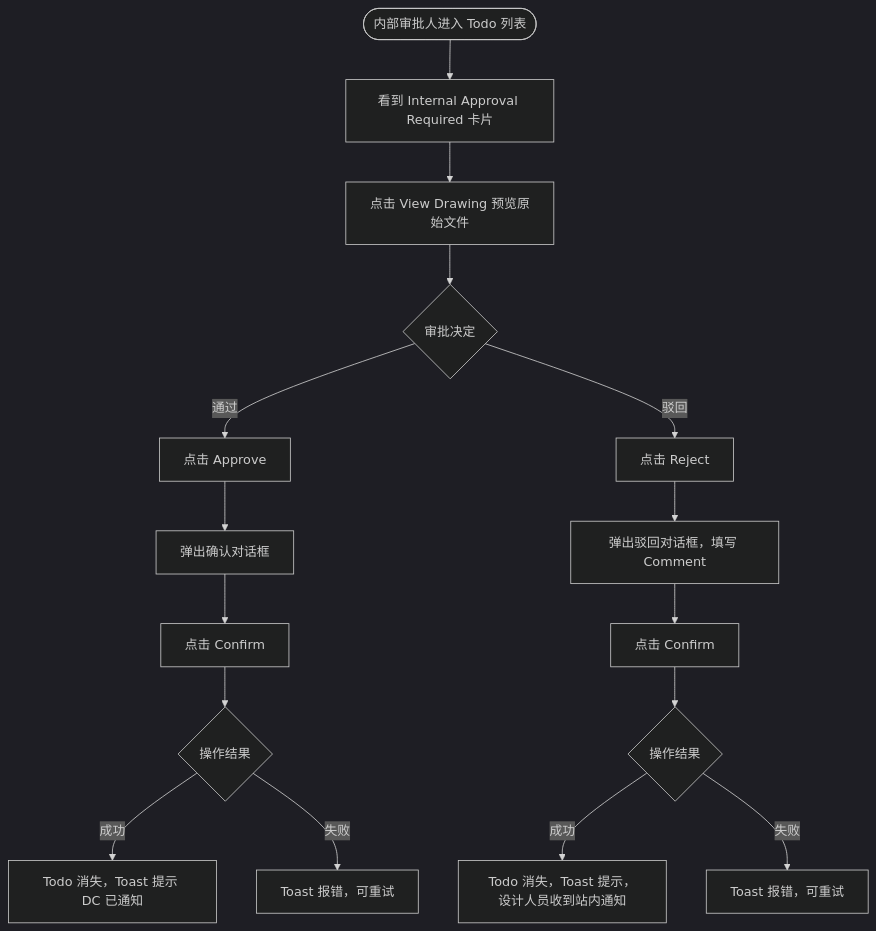
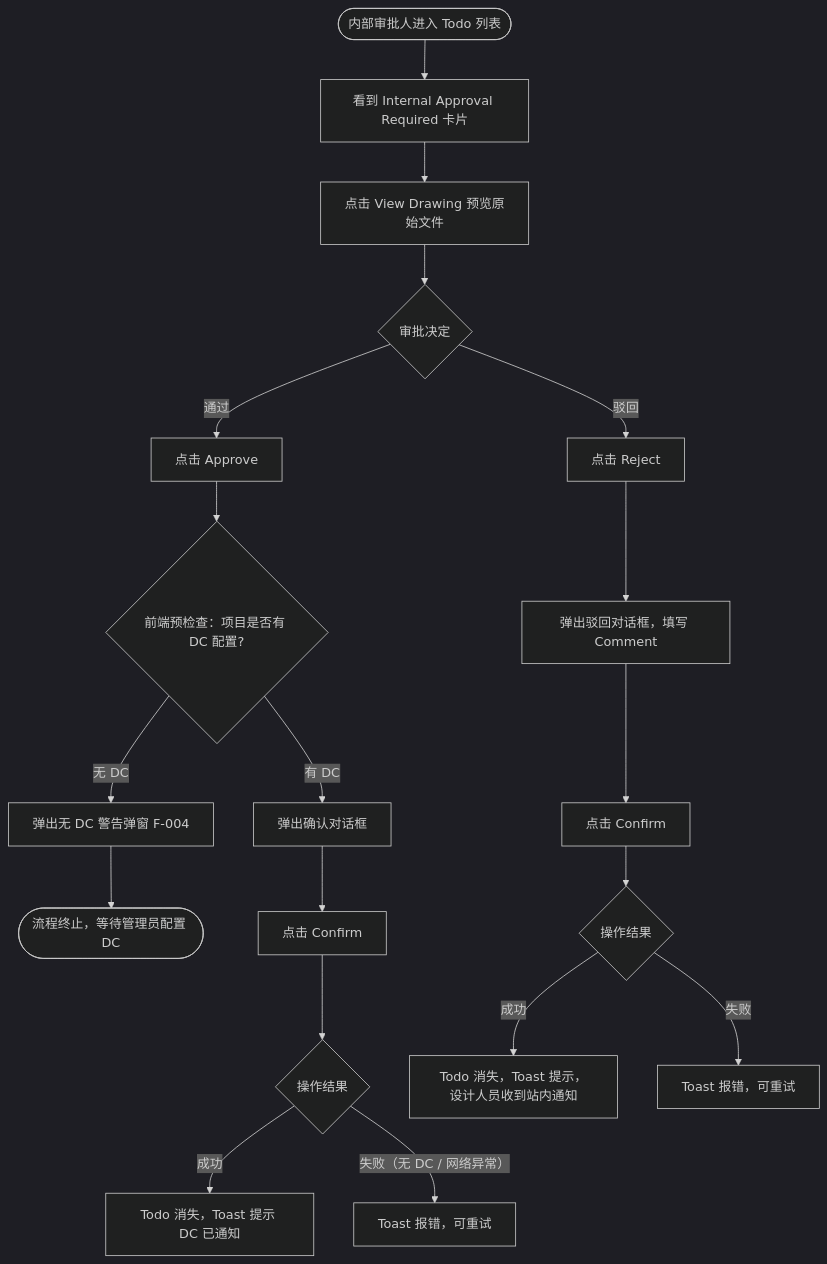
The diagram in requirements/pc/REQ-007A-pc.md (xiayingspace-hue/smart-site), drawn with Mermaid (dark theme) before and after one commit. The commit also changed other lines of this file, not shown here.

````diff
--- a/requirements/pc/REQ-007A-pc.md
+++ b/requirements/pc/REQ-007A-pc.md
@@ -153,18 +156,21 @@
 ```mermaid
 flowchart TD
     A([内部审批人进入 Todo 列表]) --> B[看到 Internal Approval Required 卡片]
     B --> C[点击 View Drawing 预览原始文件]
     C --> D{审批决定}
     D -- 通过 --> E[点击 Approve]
     D -- 驳回 --> F[点击 Reject]
-    E --> G[弹出确认对话框]
+    E --> E1{前端预检查：项目是否有 DC 配置?}
+    E1 -- 无 DC --> E2[弹出无 DC 警告弹窗 F-004]
+    E2 --> E3([流程终止，等待管理员配置 DC])
+    E1 -- 有 DC --> G[弹出确认对话框]
     G --> H[点击 Confirm]
     H --> I{操作结果}
     I -- 成功 --> J[Todo 消失，Toast 提示 DC 已通知]
-    I -- 失败 --> K[Toast 报错，可重试]
+    I -- 失败（无 DC / 网络异常） --> K[Toast 报错，可重试]
     F --> L[弹出驳回对话框，填写 Comment]
     L --> M[点击 Confirm]
     M --> N{操作结果}
     N -- 成功 --> O[Todo 消失，Toast 提示，设计人员收到站内通知]
     N -- 失败 --> P[Toast 报错，可重试]
 ```
````
